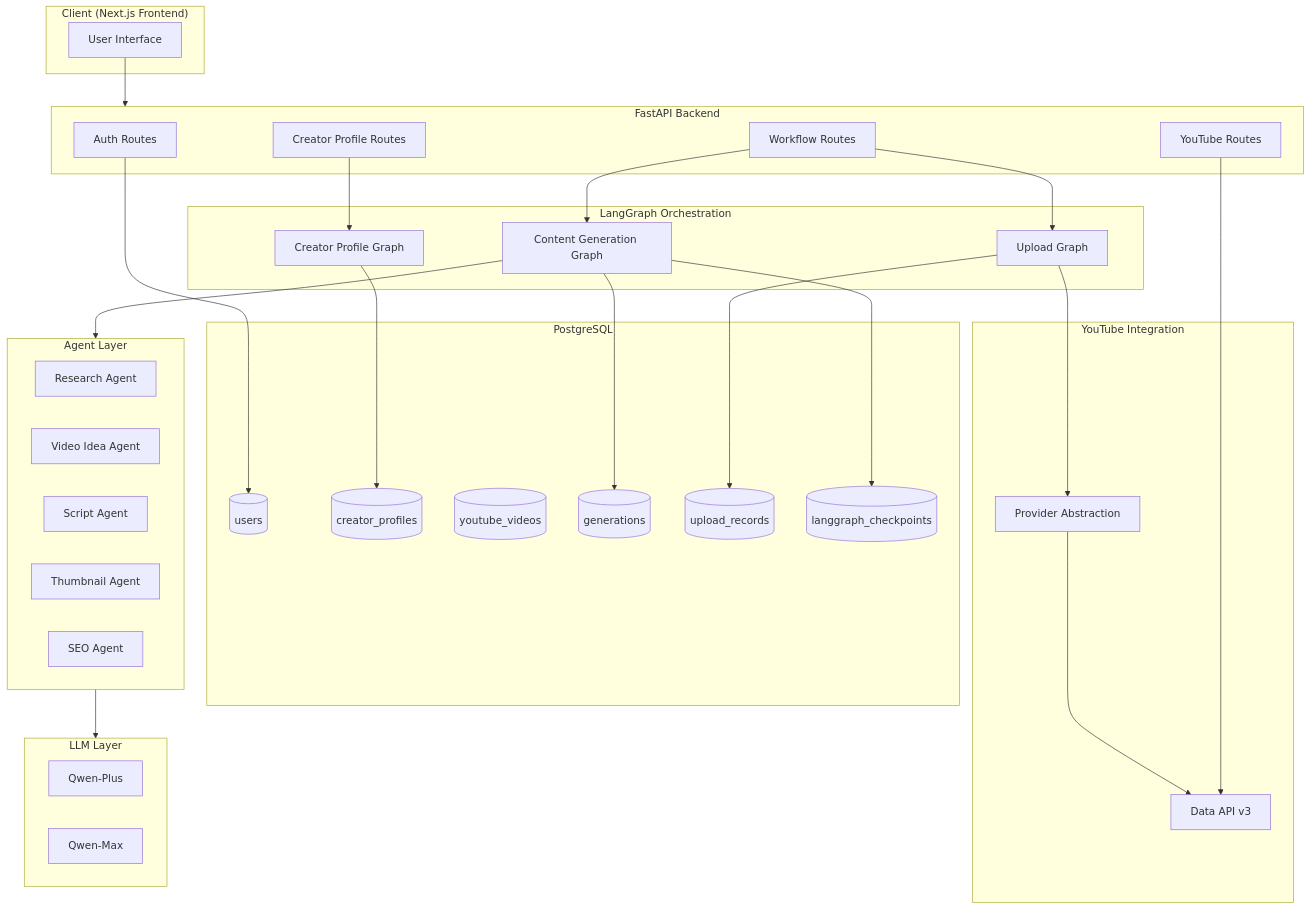
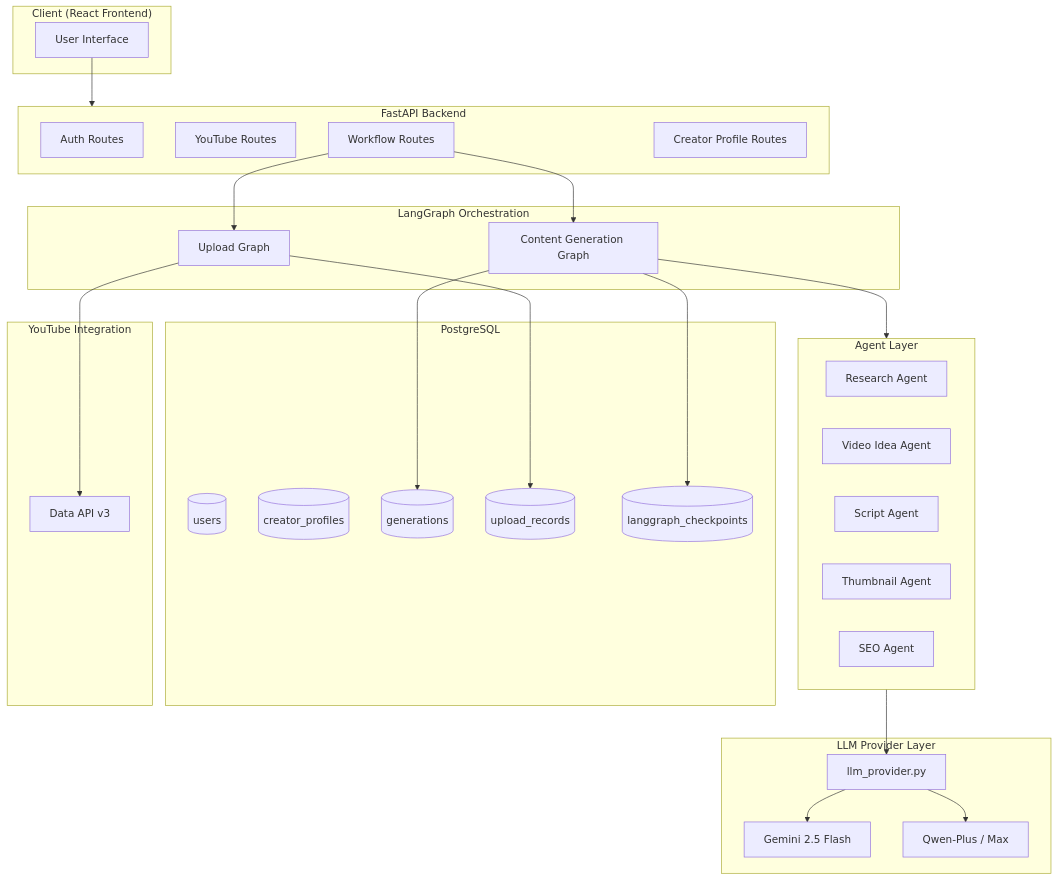
One commit to samer-shaikh/google changed the first of 2 diagrams in backend/README.md. Above: the diagram before and after it, drawn with Mermaid. The commit also changed other lines of this file and 19 other files, not shown here.

````diff
--- a/backend/README.md
+++ b/backend/README.md
@@ -46,61 +105,56 @@
 ```mermaid
 graph TB
-    subgraph Client["Client (Next.js Frontend)"]
+    subgraph Client["Client (React Frontend)"]
         UI[User Interface]
     end
 
     subgraph API["FastAPI Backend"]
         Auth[Auth Routes]
         YT[YouTube Routes]
         WF[Workflow Routes]
         CP[Creator Profile Routes]
     end
 
     subgraph Agents["Agent Layer"]
         RA[Research Agent]
         VIA[Video Idea Agent]
         SA[Script Agent]
         TA[Thumbnail Agent]
         SEOA[SEO Agent]
     end
 
+    subgraph LLMLayer["LLM Provider Layer"]
+        LLP[llm_provider.py]
+        GEM[Gemini 2.5 Flash]
+        QWN[Qwen-Plus / Max]
+    end
+
     subgraph Graphs["LangGraph Orchestration"]
         CG[Content Generation Graph]
         UG[Upload Graph]
-        CPG[Creator Profile Graph]
     end
 
     subgraph Storage["PostgreSQL"]
         Users[(users)]
         Profiles[(creator_profiles)]
-        Videos[(youtube_videos)]
         Gens[(generations)]
         Uploads[(upload_records)]
         Checkpoints[(langgraph_checkpoints)]
     end
 
     subgraph YouTube["YouTube Integration"]
         YTAPI[Data API v3]
-        Provider[Provider Abstraction]
-    end
-
-    subgraph LLM["LLM Layer"]
-        QwenPlus[Qwen-Plus]
-        QwenMax[Qwen-Max]
     end
 
     UI --> API
-    Auth --> Users
-    YT --> YTAPI
     WF --> CG
     WF --> UG
-    CP --> CPG
     CG --> Agents
+    Agents --> LLP
+    LLP --> GEM
+    LLP --> QWN
     CG --> Checkpoints
-    UG --> Provider
-    Provider --> YTAPI
-    Agents --> LLM
+    UG --> YTAPI
     CG --> Gens
     UG --> Uploads
-    CPG --> Profiles
 ```
````
